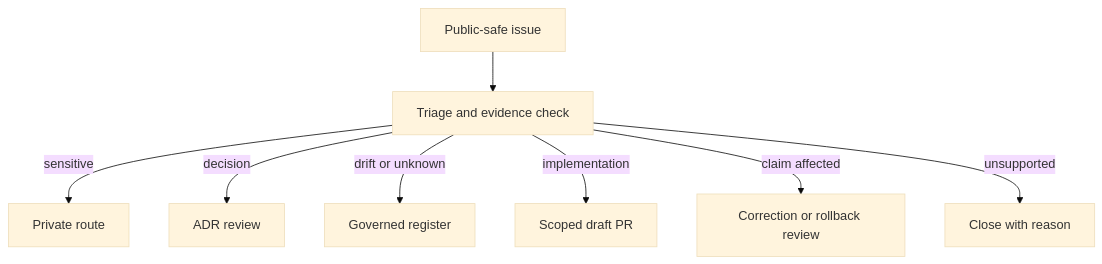
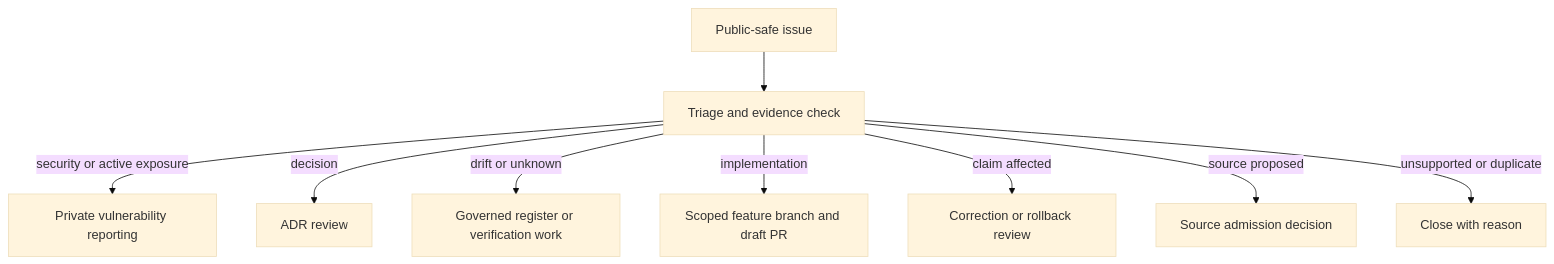
One commit to bartytime4life/Kansas-Frontier-Matrix changed the diagram in .github/ISSUE_TEMPLATE/README.md. Above: the diagram before and after it, drawn with Mermaid (base theme). The commit also changed other lines of this file, not shown here.

````diff
--- a/.github/ISSUE_TEMPLATE/README.md
+++ b/.github/ISSUE_TEMPLATE/README.md
@@ -177,10 +252,11 @@
 ```mermaid
 flowchart TD
     I["Public-safe issue"] --> T["Triage and evidence check"]
-    T -->|sensitive| S["Private route"]
+    T -->|security or active exposure| S["Private vulnerability reporting"]
     T -->|decision| A["ADR review"]
-    T -->|drift or unknown| G["Governed register"]
-    T -->|implementation| P["Scoped draft PR"]
+    T -->|drift or unknown| G["Governed register or verification work"]
+    T -->|implementation| P["Scoped feature branch and draft PR"]
     T -->|claim affected| C["Correction or rollback review"]
-    T -->|unsupported| N["Close with reason"]
+    T -->|source proposed| D["Source admission decision"]
+    T -->|unsupported or duplicate| N["Close with reason"]
 ```
````
